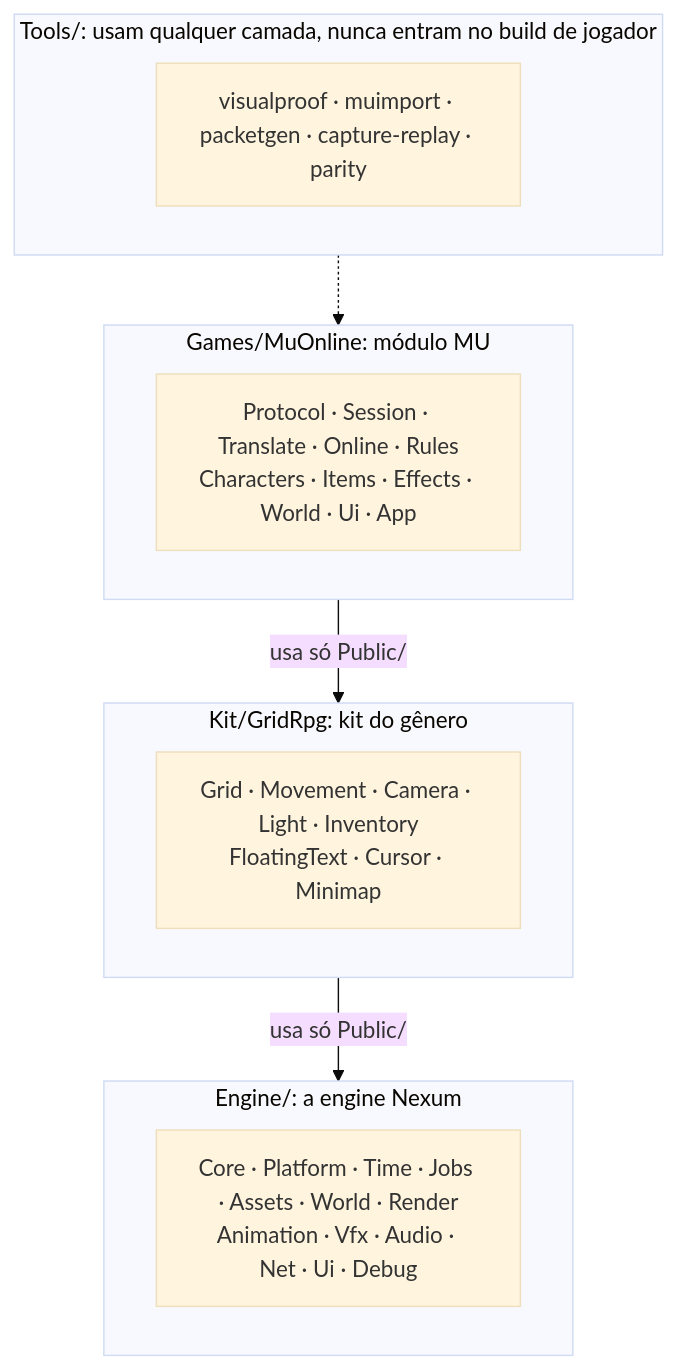
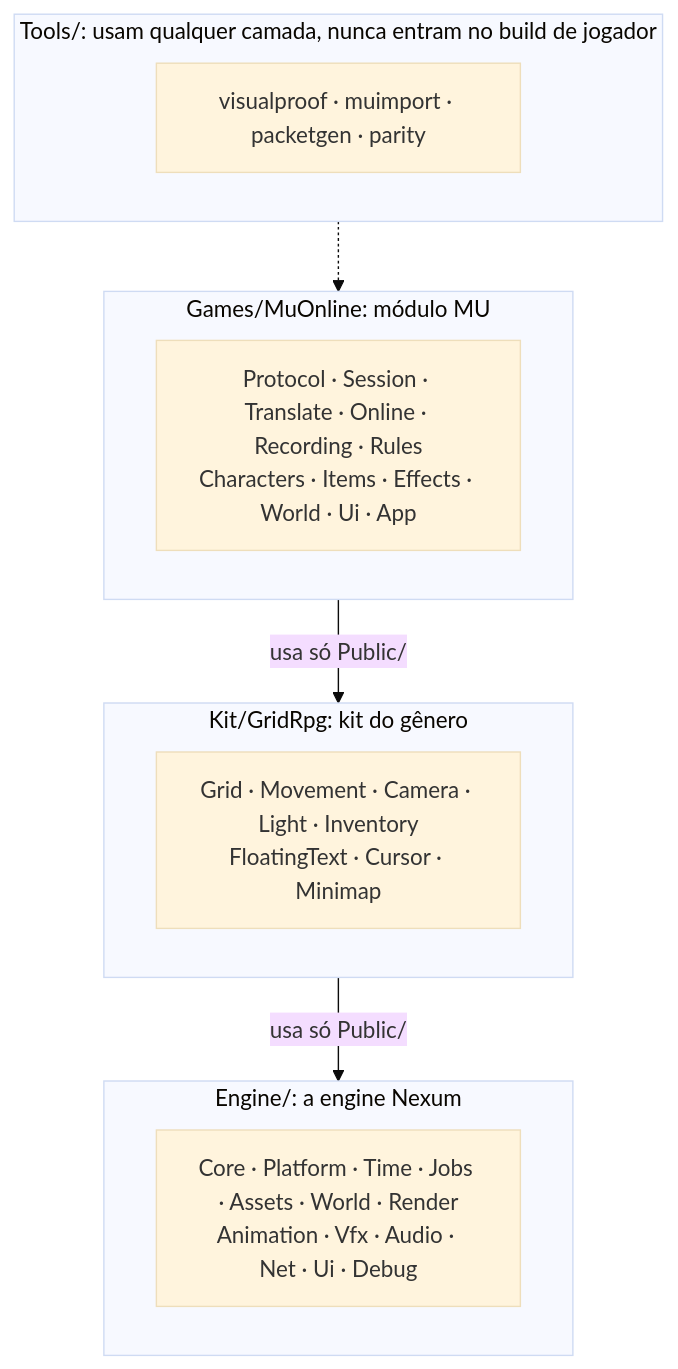
One commit to ecologycrw/nexum changed the second of 3 diagrams in docs/ARCHITECTURE.md. Above: the diagram before and after it, drawn with Mermaid (base theme). The commit also changed other lines of this file and 13 other files, not shown here.

First line of the commit message:
docs(0002): T16 document the recording and the replay

````diff
--- a/docs/ARCHITECTURE.md
+++ b/docs/ARCHITECTURE.md
@@ -31,18 +31,18 @@
 ```mermaid
 flowchart TB
     subgraph TOOLS["Tools/: usam qualquer camada, nunca entram no build de jogador"]
-        T["visualproof · muimport · packetgen · capture-replay · parity"]
+        T["visualproof · muimport · packetgen · parity"]
     end
     subgraph GAME["Games/MuOnline: módulo MU"]
-        G["Protocol · Session · Translate · Online · Rules<br/>Characters · Items · Effects · World · Ui · App"]
+        G["Protocol · Session · Translate · Online · Recording · Rules<br/>Characters · Items · Effects · World · Ui · App"]
     end
     subgraph KIT["Kit/GridRpg: kit do gênero"]
         K["Grid · Movement · Camera · Light · Inventory<br/>FloatingText · Cursor · Minimap"]
     end
     subgraph ENG["Engine/: a engine Nexum"]
         E["Core · Platform · Time · Jobs · Assets · World · Render<br/>Animation · Vfx · Audio · Net · Ui · Debug"]
     end
     TOOLS -.-> GAME
     GAME -->|"usa só Public/"| KIT
     KIT -->|"usa só Public/"| ENG
 ```
````
